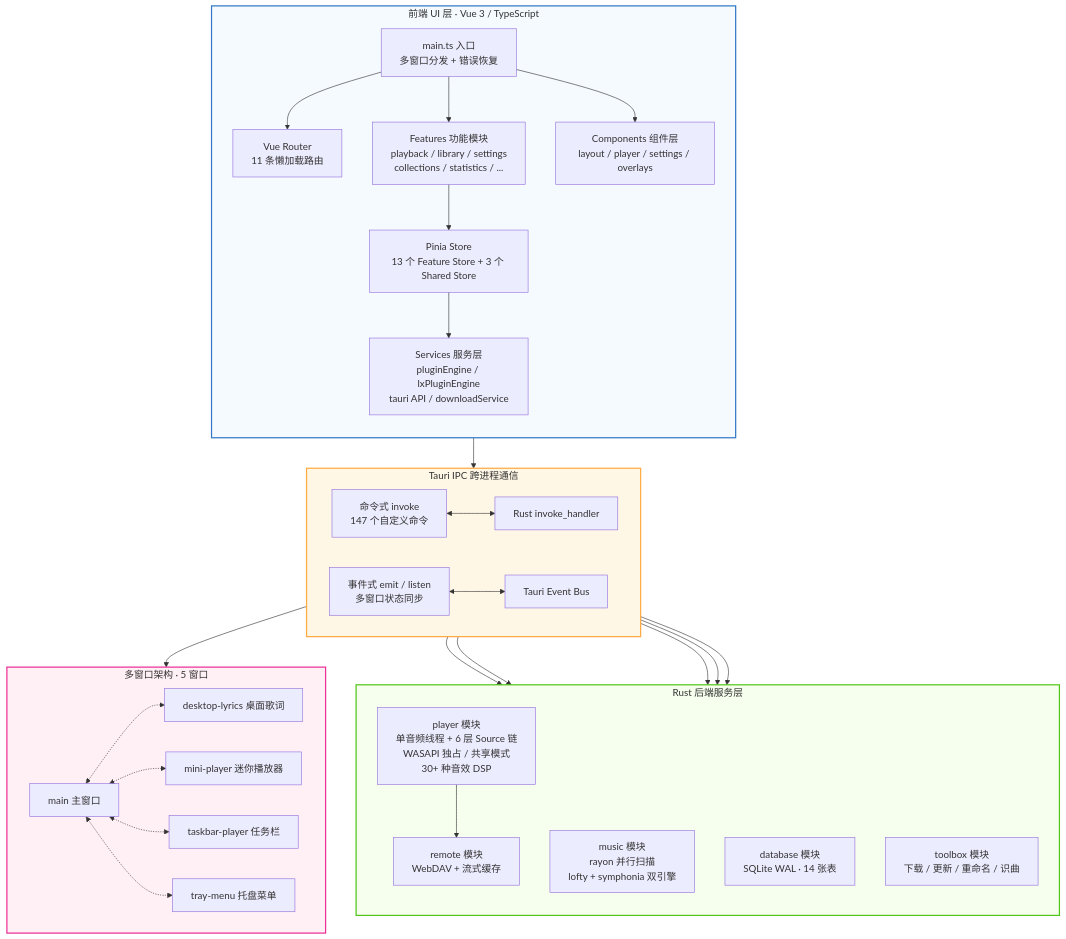
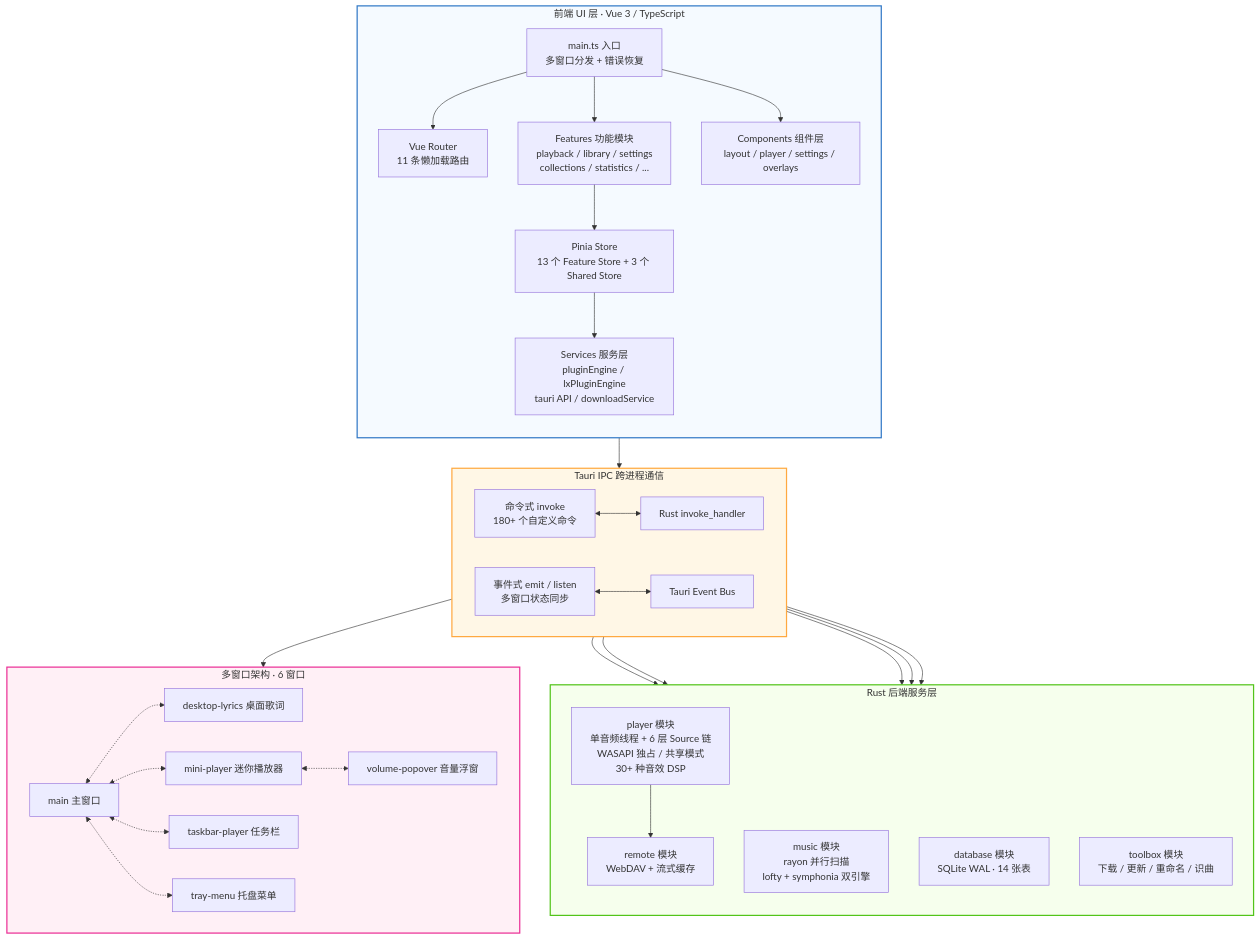
One commit to TaXiaoQi/XianYu-Music-Desktop changed the diagram in README.md. Above: the diagram before and after it, drawn with Mermaid. The commit also changed other lines of this file and 37 other files, not shown here.

````diff
--- a/README.md
+++ b/README.md
@@ -136,44 +103,45 @@
 ```mermaid
 graph TD
     subgraph Frontend [前端 UI 层 · Vue 3 / TypeScript]
         direction TB
         A[main.ts 入口<br/>多窗口分发 + 错误恢复] --> B[Vue Router<br/>11 条懒加载路由]
         A --> C[Features 功能模块<br/>playback / library / settings<br/>collections / statistics / ...]
         A --> D[Components 组件层<br/>layout / player / settings / overlays]
         C --> E[Pinia Store<br/>13 个 Feature Store + 3 个 Shared Store]
         E --> F[Services 服务层<br/>pluginEngine / lxPluginEngine<br/>tauri API / downloadService]
     end
 
     subgraph IPC [Tauri IPC 跨进程通信]
         direction LR
-        G[命令式 invoke<br/>147 个自定义命令] <--> H[Rust invoke_handler]
+        G[命令式 invoke<br/>180+ 个自定义命令] <--> H[Rust invoke_handler]
         I[事件式 emit / listen<br/>多窗口状态同步] <--> J[Tauri Event Bus]
     end
 
     subgraph Backend [Rust 后端服务层]
         direction TB
         K[player 模块<br/>单音频线程 + 6 层 Source 链<br/>WASAPI 独占 / 共享模式<br/>30+ 种音效 DSP]
         L[music 模块<br/>rayon 并行扫描<br/>lofty + symphonia 双引擎]
         M[database 模块<br/>SQLite WAL · 14 张表]
         N[remote 模块<br/>WebDAV + 流式缓存]
         O[toolbox 模块<br/>下载 / 更新 / 重命名 / 识曲]
         H --> K & L & M & N & O
     end
 
-    subgraph Windows [多窗口架构 · 5 窗口]
+    subgraph Windows [多窗口架构 · 6 窗口]
         direction LR
         P[main 主窗口] <-.-> Q[desktop-lyrics 桌面歌词]
         P <-.-> R[mini-player 迷你播放器]
         P <-.-> S[taskbar-player 任务栏]
         P <-.-> T[tray-menu 托盘菜单]
+        R <-.-> U[volume-popover 音量浮窗]
     end
 
     F --> G
     I --> Windows
     K --> N
 
     style Frontend fill:#f5faff,stroke:#3178C6,stroke-width:2px;
     style IPC fill:#fff7e6,stroke:#ffa940,stroke-width:2px;
     style Backend fill:#f6ffed,stroke:#52c41a,stroke-width:2px;
     style Windows fill:#fff0f6,stroke:#eb2f96,stroke-width:2px;
 ```
````
